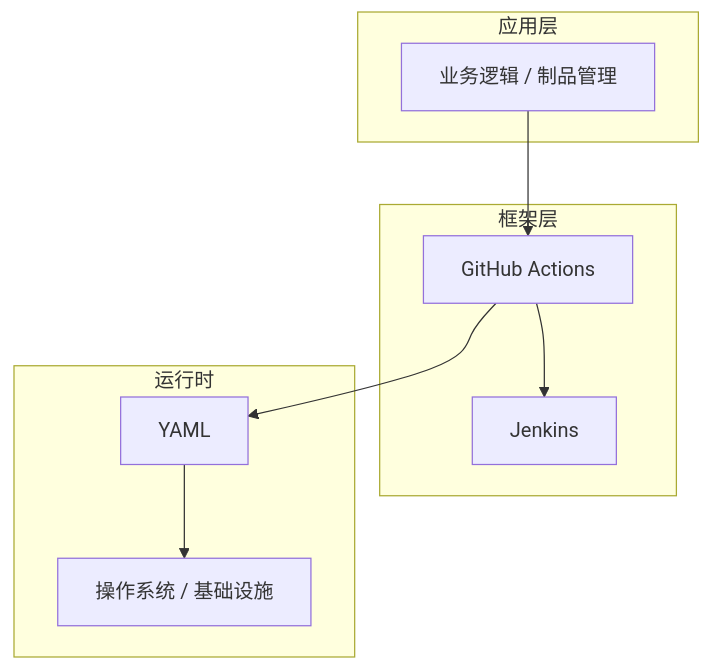
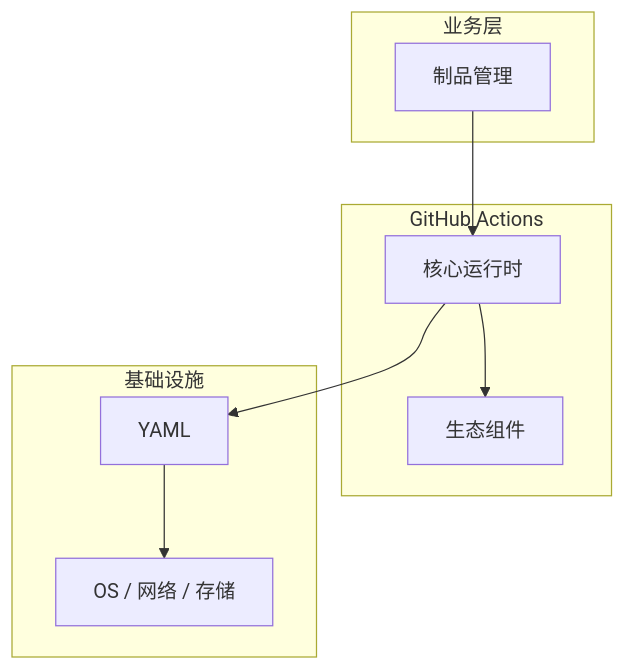
Before and after one commit to yanggan2015/knowledge-json-v2: the diagram in articles/CI与CD/chapters/051-制品管理核心概念与原理.md, drawn with Mermaid. The commit also changed other lines of this file and 10127 other files, not shown here.

````diff
--- a/articles/CI与CD/chapters/051-制品管理核心概念与原理.md
+++ b/articles/CI与CD/chapters/051-制品管理核心概念与原理.md
@@ -45,18 +34,18 @@
 ```mermaid
 graph TB
-    subgraph 应用层
-        A[业务逻辑 / 制品管理]
+    subgraph 业务层
+        A[制品管理]
     end
-    subgraph 框架层
-        B[GitHub Actions]
-        C[Jenkins]
+    subgraph GitHub Actions
+        B[核心运行时]
+        C[生态组件]
     end
-    subgraph 运行时
+    subgraph 基础设施
         D[YAML]
-        E[操作系统 / 基础设施]
+        E[OS / 网络 / 存储]
     end
     A --> B
     B --> C
     B --> D
     D --> E
 ```
````
